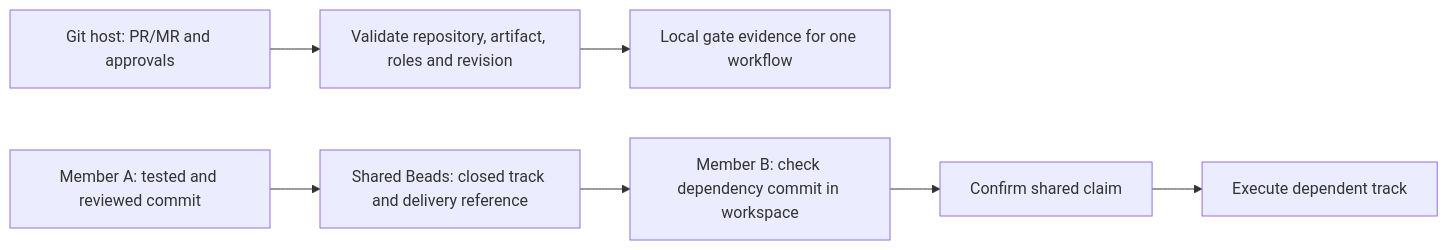
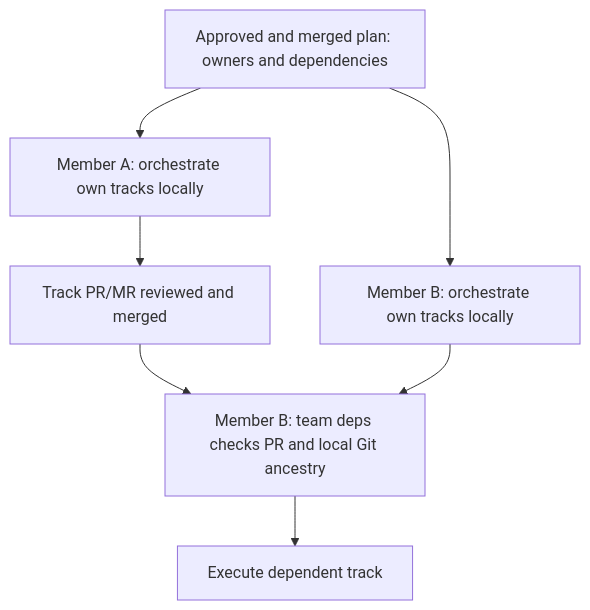
The diagram in .planning/specs/2026-10-06-teamwork-hardening-design.md (giangdhwhtbr/gin-workflow), drawn with Mermaid before and after one commit. The commit also changed other lines of this file, not shown here.

Commit message:
docs(spec): use local Beads for team orchestration

````diff
--- a/.planning/specs/2026-10-06-teamwork-hardening-design.md
+++ b/.planning/specs/2026-10-06-teamwork-hardening-design.md
@@ -46,9 +57,9 @@
 ```mermaid
-flowchart LR
-    H[Git host: PR/MR and approvals] --> V[Validate repository, artifact, roles and revision]
-    V --> E[Local gate evidence for one workflow]
-    A[Member A: tested and reviewed commit] --> B[Shared Beads: closed track and delivery reference]
-    B --> C[Member B: check dependency commit in workspace]
-    C --> D[Confirm shared claim]
+flowchart TD
+    P[Approved and merged plan: owners and dependencies] --> A[Member A: orchestrate own tracks locally]
+    P --> B[Member B: orchestrate own tracks locally]
+    A --> R[Track PR/MR reviewed and merged]
+    R --> D[Member B: team deps checks PR and local Git ancestry]
+    B --> D
     D --> X[Execute dependent track]
 ```
````
